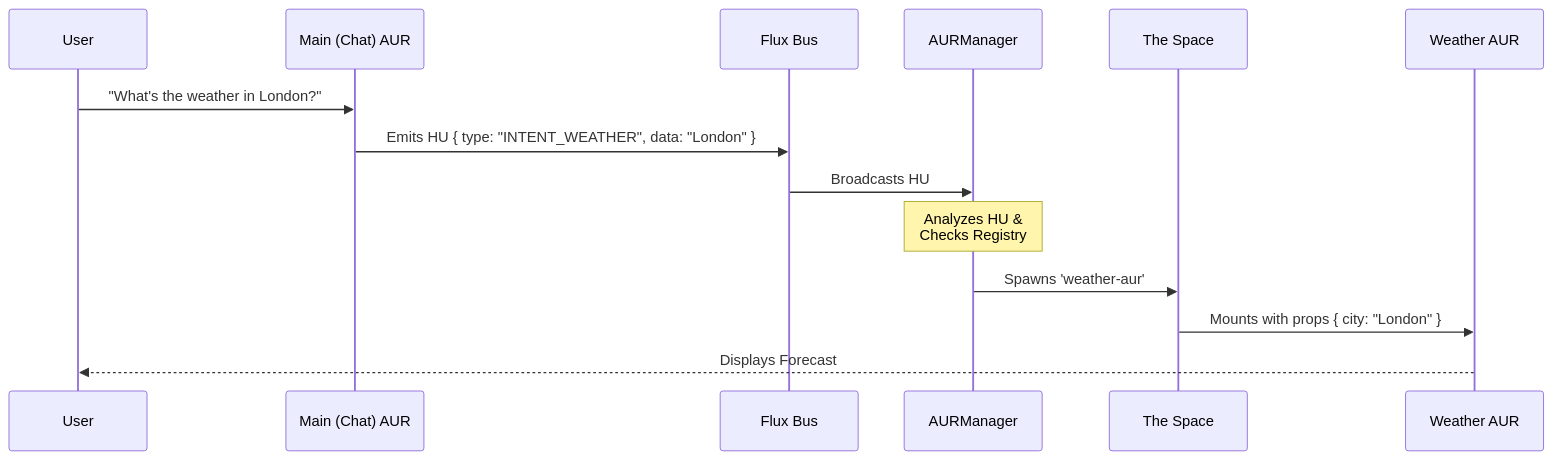
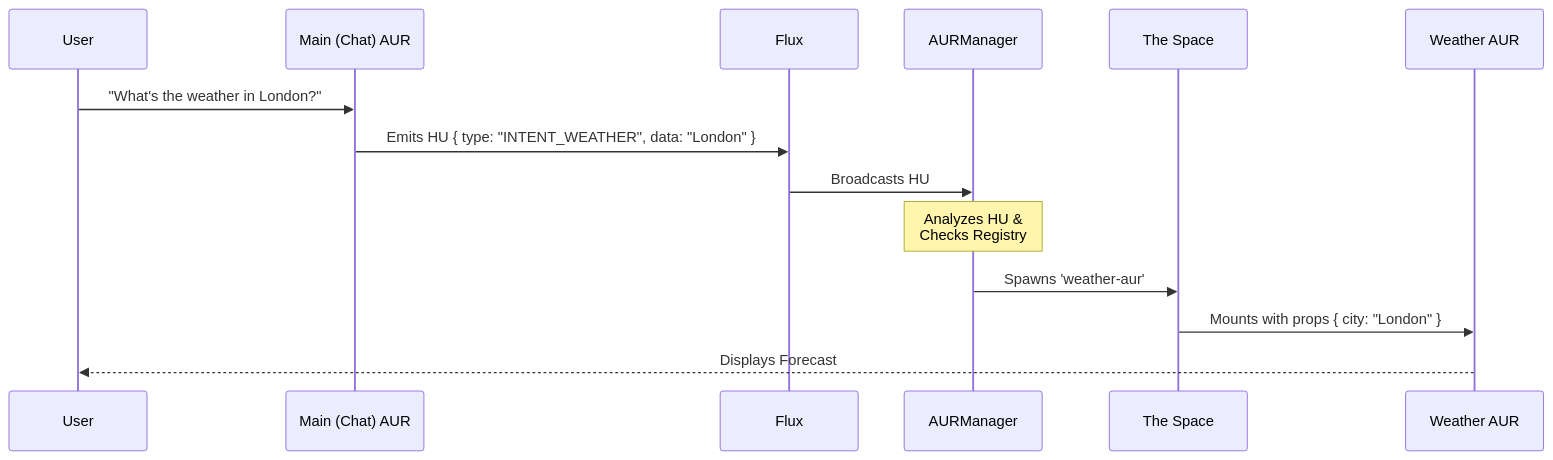
Before and after one commit to bahadiri/Aura: the diagram in documents/Developer-Guide.md, drawn with Mermaid. The commit also changed 1 other file, not shown here.

Commit message:
docs: Simplify Space diagram and Flux terminology

````diff
--- a/documents/Developer-Guide.md
+++ b/documents/Developer-Guide.md
@@ -28,17 +28,17 @@
 ```mermaid
 sequenceDiagram
     participant User
     participant Main as Main (Chat) AUR
-    participant Flux as Flux Bus
+    participant Flux as Flux
     participant Mgr as AURManager
     participant Space as The Space
     participant Weather as Weather AUR
 
     User->>Main: "What's the weather in London?"
     Main->>Flux: Emits HU { type: "INTENT_WEATHER", data: "London" }
     Flux->>Mgr: Broadcasts HU
     Note over Mgr: Analyzes HU &<br/>Checks Registry
     Mgr->>Space: Spawns 'weather-aur'
     Space->>Weather: Mounts with props { city: "London" }
     Weather-->>User: Displays Forecast
 ```
````
